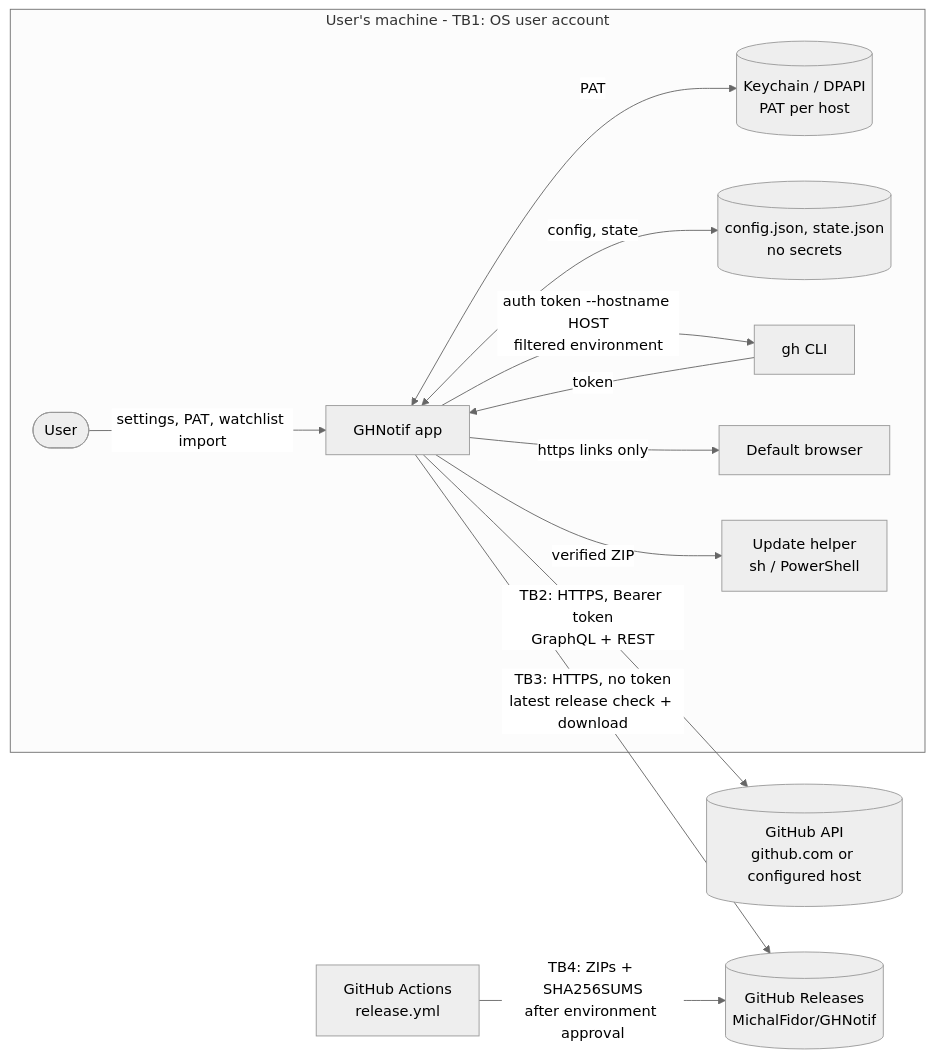
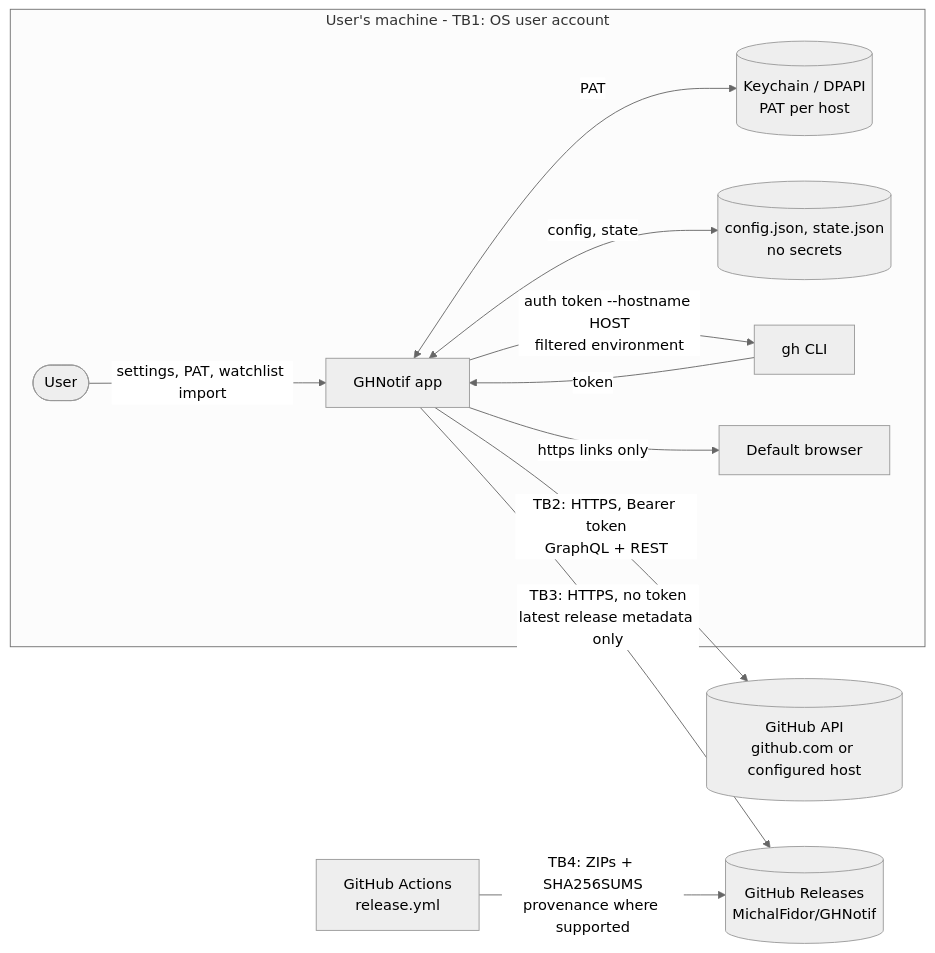
Before and after one commit to MichalFidor/GHNotif: the diagram in docs/THREAT-MODEL.md, drawn with Mermaid (neutral theme). The commit also changed other lines of this file and 25 other files, not shown here.

First line of the commit message:
Harden release distribution for AppSec review

````diff
--- a/docs/THREAT-MODEL.md
+++ b/docs/THREAT-MODEL.md
@@ -51,26 +51,24 @@
 ```mermaid
 flowchart LR
     subgraph Machine["User's machine - TB1: OS user account"]
         User([User])
         App[GHNotif app]
         Store[(Keychain / DPAPI<br/>PAT per host)]
         Files[(config.json, state.json<br/>no secrets)]
         GH[gh CLI]
         Browser[Default browser]
-        Updater[Update helper<br/>sh / PowerShell]
     end
     API[(GitHub API<br/>github.com or configured host)]
     Rel[(GitHub Releases<br/>MichalFidor/GHNotif)]
     CI[GitHub Actions<br/>release.yml]
 
     User -- "settings, PAT, watchlist import" --> App
     App <-- PAT --> Store
     App <-- "config, state" --> Files
     App -- "auth token --hostname HOST<br/>filtered environment" --> GH
     GH -- token --> App
     App -- "TB2: HTTPS, Bearer token<br/>GraphQL + REST" --> API
-    App -- "TB3: HTTPS, no token<br/>latest release check + download" --> Rel
+    App -- "TB3: HTTPS, no token<br/>latest release metadata only" --> Rel
     App -- "https links only" --> Browser
-    App -- "verified ZIP" --> Updater
-    CI -- "TB4: ZIPs + SHA256SUMS<br/>after environment approval" --> Rel
+    CI -- "TB4: ZIPs + SHA256SUMS<br/>provenance where supported" --> Rel
 ```
````
